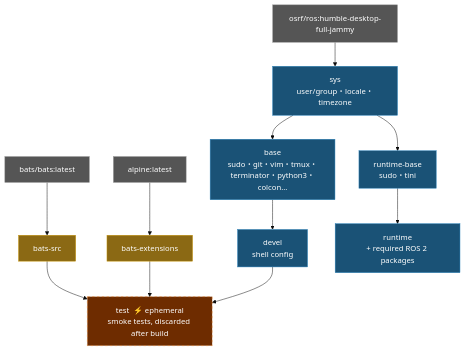
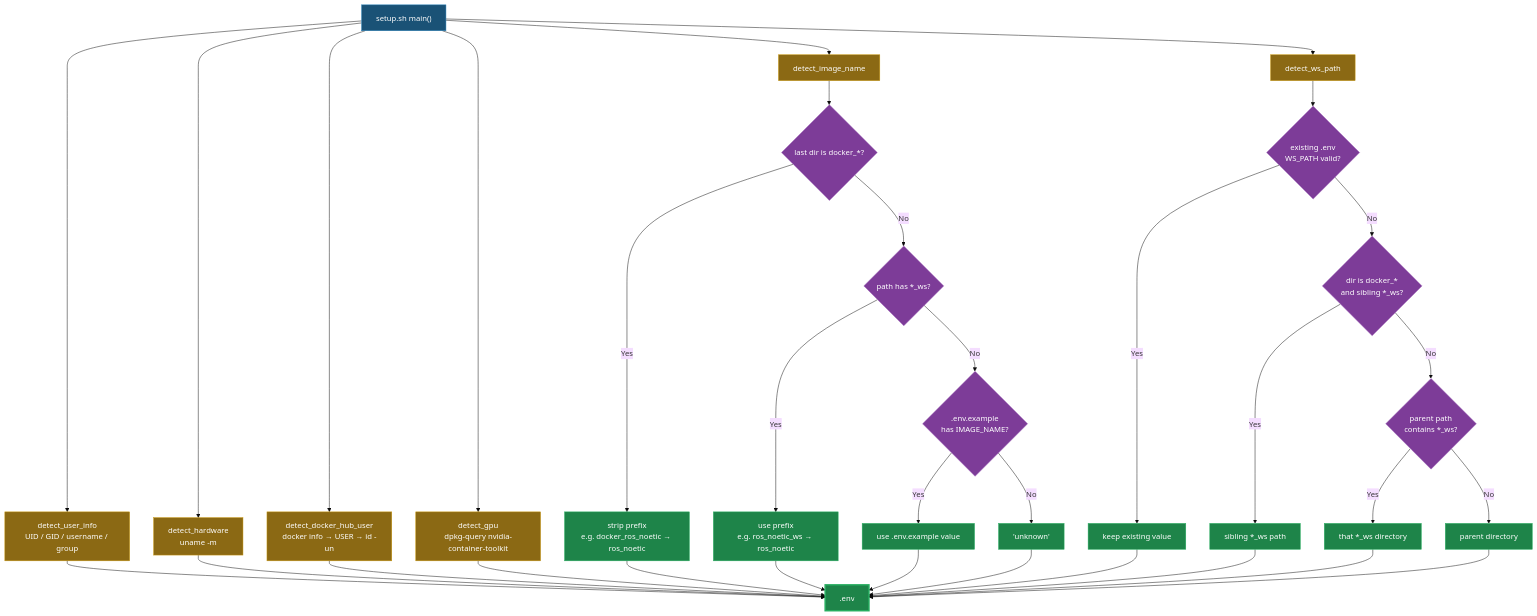
One commit to ycpss91255-docker/osrf_ros2_humble changed the first of 2 diagrams in README.md. Above: the diagram before and after it, drawn with Mermaid (base theme). The commit also changed other lines of this file and 47 other files, not shown here.

First line of the commit message:
Squashed 'docker_setup_helper/' changes from ea8a994..4e7b249

````diff
--- a/README.md
+++ b/README.md
@@ -235,26 +272,46 @@
 ```mermaid
 graph TD
-    EXT1["bats/bats:latest"]:::external
-    EXT2["alpine:latest"]:::external
-    EXT3["osrf/ros:humble-desktop-full-jammy"]:::external
+    A["setup.sh main()"]:::entry
 
-    EXT1 --> bats-src["bats-src"]:::tool
-    EXT2 --> bats-ext["bats-extensions"]:::tool
+    A --> B["detect_user_info\nUID / GID / username / group"]:::detect
+    A --> C["detect_hardware\nuname -m"]:::detect
+    A --> D["detect_docker_hub_user\ndocker info → USER → id -un"]:::detect
+    A --> E["detect_gpu\ndpkg-query nvidia-container-toolkit"]:::detect
+    A --> F["detect_image_name"]:::detect
+    A --> G["detect_ws_path"]:::detect
 
-    EXT3 --> sys["sys\nuser/group・locale・timezone"]:::stage
+    F --> F1{"last dir is docker_*?"}:::decision
+    F1 -- "Yes" --> F1R["strip prefix\ne.g. docker_ros_noetic → ros_noetic"]:::result
+    F1 -- "No" --> F2{"path has *_ws?"}:::decision
+    F2 -- "Yes" --> F2R["use prefix\ne.g. ros_noetic_ws → ros_noetic"]:::result
+    F2 -- "No" --> F3{".env.example\nhas IMAGE_NAME?"}:::decision
+    F3 -- "Yes" --> F3R["use .env.example value"]:::result
+    F3 -- "No" --> F4R["'unknown'"]:::result
 
-    sys --> base["base\nsudo・git・vim・tmux・terminator・python3・colcon..."]:::stage
-    base --> devel["devel\nshell config"]:::stage
+    G --> G0{"existing .env\nWS_PATH valid?"}:::decision
+    G0 -- "Yes" --> G0R["keep existing value"]:::result
+    G0 -- "No" --> G1{"dir is docker_*\nand sibling *_ws?"}:::decision
+    G1 -- "Yes" --> G1R["sibling *_ws path"]:::result
+    G1 -- "No" --> G2{"parent path\ncontains *_ws?"}:::decision
+    G2 -- "Yes" --> G2R["that *_ws directory"]:::result
+    G2 -- "No" --> G3R["parent directory"]:::result
 
-    bats-src --> test["test  ⚡ ephemeral\nsmoke tests, discarded after build"]:::ephemeral
-    bats-ext --> test
-    devel --> test
+    B --> H[".env"]:::output
+    C --> H
+    D --> H
+    E --> H
+    F1R --> H
+    F2R --> H
+    F3R --> H
+    F4R --> H
+    G0R --> H
+    G1R --> H
+    G2R --> H
+    G3R --> H
 
-    sys --> runtime-base["runtime-base\nsudo・tini"]:::stage
-    runtime-base --> runtime["runtime\n+ required ROS 2 packages"]:::stage
-
-    classDef external fill:#555,color:#fff,stroke:#999
-    classDef tool fill:#8B6914,color:#fff,stroke:#c8960c
-    classDef stage fill:#1a5276,color:#fff,stroke:#2980b9
-    classDef ephemeral fill:#6e2c00,color:#fff,stroke:#e67e22,stroke-dasharray:5 5
+    classDef entry fill:#1a5276,color:#fff,stroke:#2980b9
+    classDef detect fill:#8B6914,color:#fff,stroke:#c8960c
+    classDef decision fill:#7d3c98,color:#fff,stroke:#a569bd
+    classDef result fill:#1e8449,color:#fff,stroke:#27ae60
+    classDef output fill:#1e8449,color:#fff,stroke:#27ae60,stroke-width:3px
 ```
````
